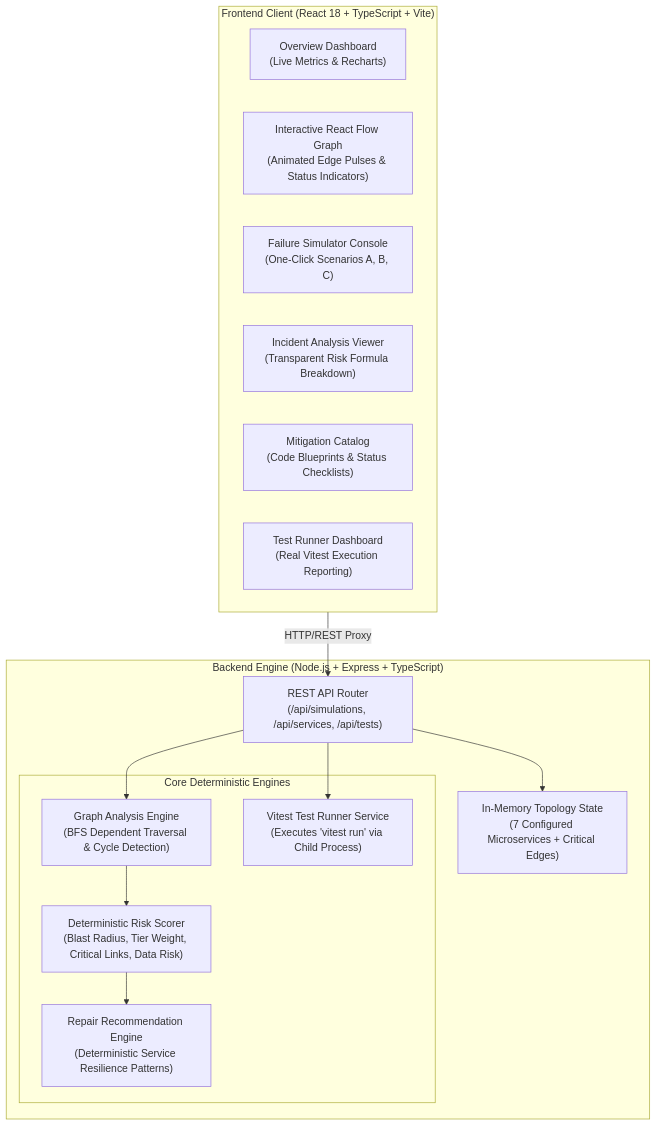
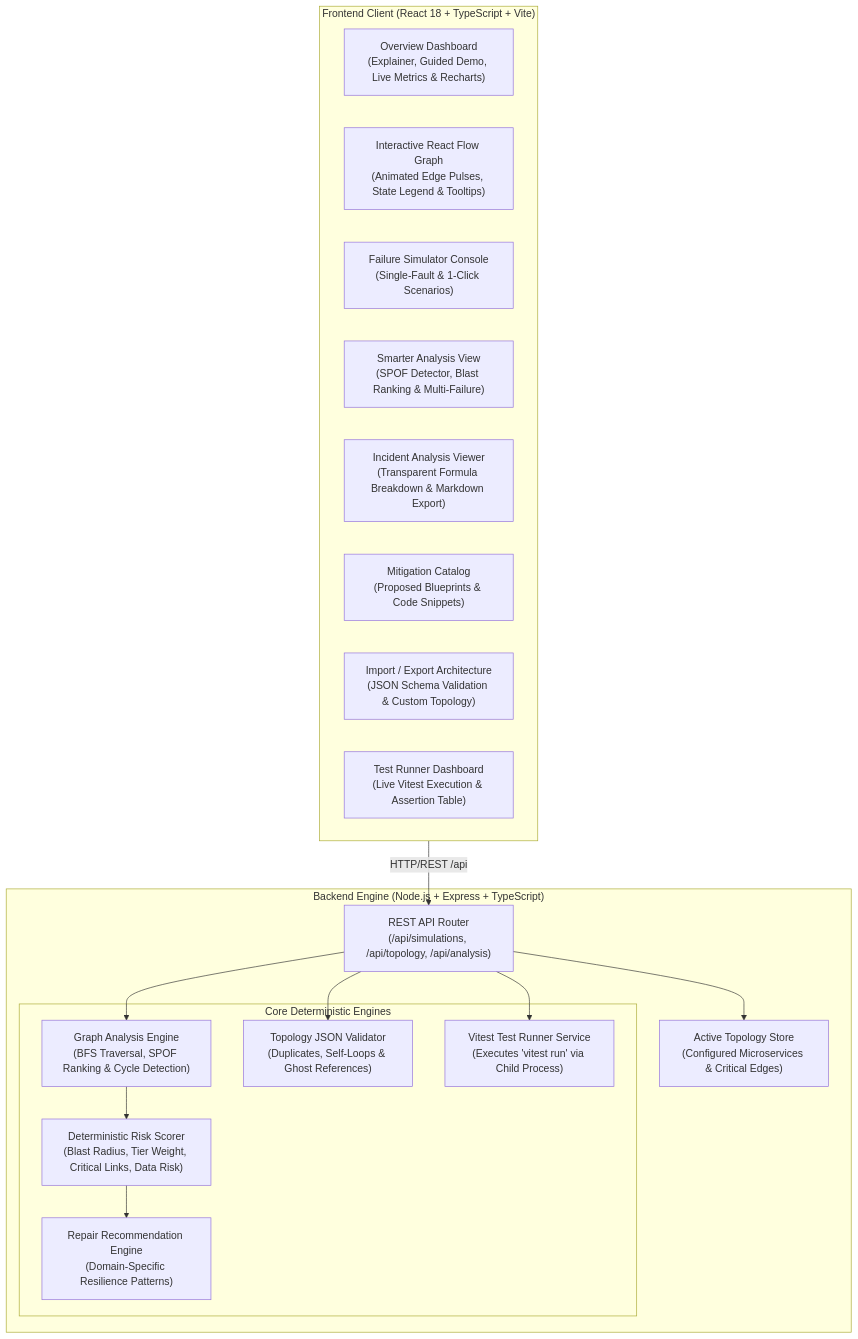
Before and after one commit to jayy-eii/patchpilot: the diagram in README.md, drawn with Mermaid. The commit also changed other lines of this file and 3 other files, not shown here.

Commit message:
feat(phase-4-5-6): incident export, single-service serving, and documentation

````diff
--- a/README.md
+++ b/README.md
@@ -51,31 +53,35 @@
 ```mermaid
 flowchart TD
     subgraph Client["Frontend Client (React 18 + TypeScript + Vite)"]
-        UI_Dash["Overview Dashboard\n(Live Metrics & Recharts)"]
-        UI_Graph["Interactive React Flow Graph\n(Animated Edge Pulses & Status Indicators)"]
-        UI_Sim["Failure Simulator Console\n(One-Click Scenarios A, B, C)"]
-        UI_Inc["Incident Analysis Viewer\n(Transparent Risk Formula Breakdown)"]
-        UI_Rec["Mitigation Catalog\n(Code Blueprints & Status Checklists)"]
-        UI_Test["Test Runner Dashboard\n(Real Vitest Execution Reporting)"]
+        UI_Dash["Overview Dashboard\n(Explainer, Guided Demo, Live Metrics & Recharts)"]
+        UI_Graph["Interactive React Flow Graph\n(Animated Edge Pulses, State Legend & Tooltips)"]
+        UI_Sim["Failure Simulator Console\n(Single-Fault & 1-Click Scenarios)"]
+        UI_Analysis["Smarter Analysis View\n(SPOF Detector, Blast Ranking & Multi-Failure)"]
+        UI_Inc["Incident Analysis Viewer\n(Transparent Formula Breakdown & Markdown Export)"]
+        UI_Rec["Mitigation Catalog\n(Proposed Blueprints & Code Snippets)"]
+        UI_Import["Import / Export Architecture\n(JSON Schema Validation & Custom Topology)"]
+        UI_Test["Test Runner Dashboard\n(Live Vitest Execution & Assertion Table)"]
     end
 
     subgraph Backend["Backend Engine (Node.js + Express + TypeScript)"]
-        API_Router["REST API Router\n(/api/simulations, /api/services, /api/tests)"]
+        API_Router["REST API Router\n(/api/simulations, /api/topology, /api/analysis)"]
         
         subgraph CoreEngine["Core Deterministic Engines"]
-            GraphEngine["Graph Analysis Engine\n(BFS Dependent Traversal & Cycle Detection)"]
+            GraphEngine["Graph Analysis Engine\n(BFS Traversal, SPOF Ranking & Cycle Detection)"]
+            TopologyValidator["Topology JSON Validator\n(Duplicates, Self-Loops & Ghost References)"]
             RiskScorer["Deterministic Risk Scorer\n(Blast Radius, Tier Weight, Critical Links, Data Risk)"]
-            RecEngine["Repair Recommendation Engine\n(Deterministic Service Resilience Patterns)"]
+            RecEngine["Repair Recommendation Engine\n(Domain-Specific Resilience Patterns)"]
             TestRunner["Vitest Test Runner Service\n(Executes 'vitest run' via Child Process)"]
         end
 
-        TopologyStore["In-Memory Topology State\n(7 Configured Microservices + Critical Edges)"]
+        TopologyStore["Active Topology Store\n(Configured Microservices & Critical Edges)"]
     end
 
-    Client -->|HTTP/REST Proxy| API_Router
+    Client -->|HTTP/REST /api| API_Router
     API_Router --> TopologyStore
+    API_Router --> TopologyValidator
     API_Router --> GraphEngine
     GraphEngine --> RiskScorer
     RiskScorer --> RecEngine
     API_Router --> TestRunner
 ```
````
